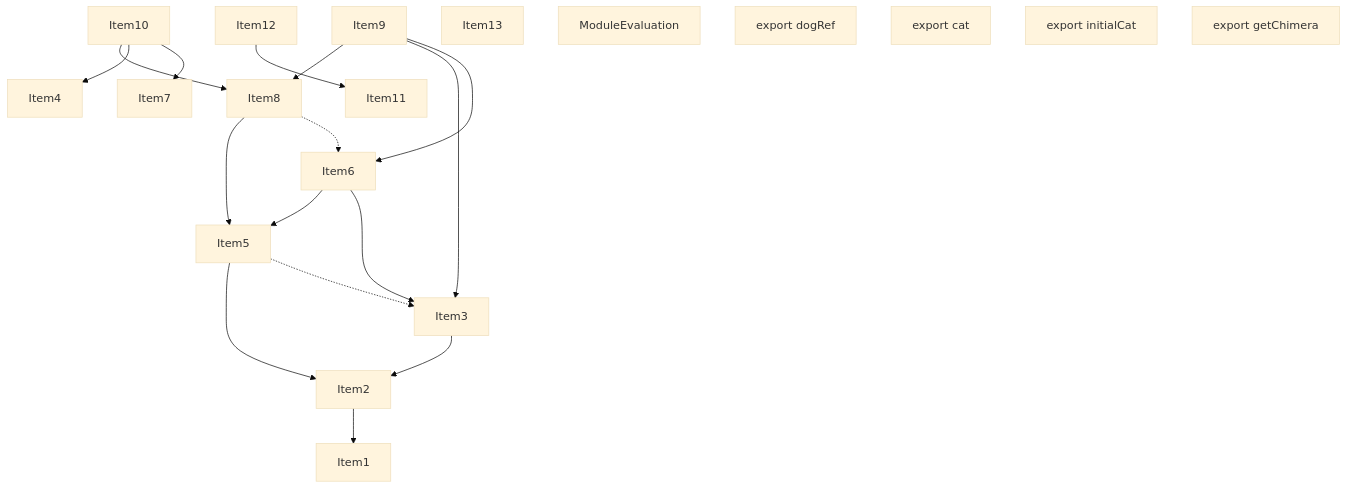
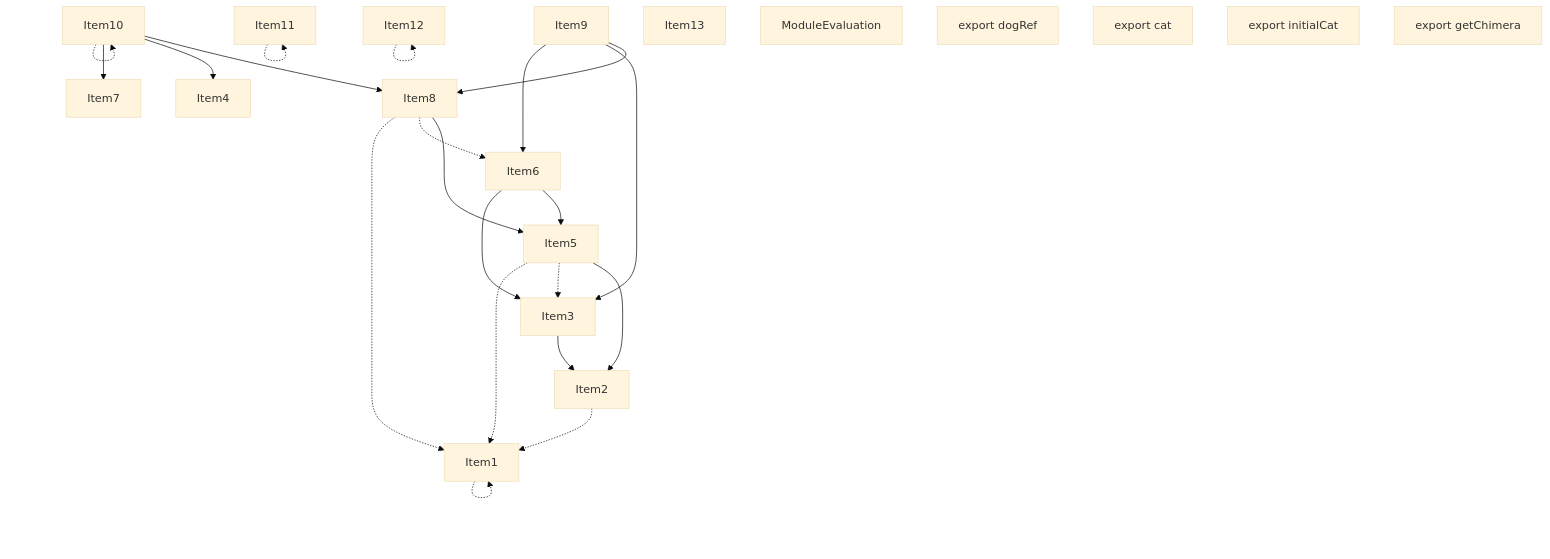
One commit to vercel/turborepo changed the second of 5 diagrams in crates/turbopack-ecmascript/tests/tree-shaker/analyzer/complex/output.md. Above: the diagram before and after it, drawn with Mermaid (base theme). The commit also changed other lines of this file and 20 other files, not shown here.

````diff
--- a/crates/turbopack-ecmascript/tests/tree-shaker/analyzer/complex/output.md
+++ b/crates/turbopack-ecmascript/tests/tree-shaker/analyzer/complex/output.md
@@ -181,41 +181,46 @@
 ```mermaid
 graph TD
     Item1;
     Item2;
     Item3;
     Item4;
     Item5;
     Item6;
     Item7;
     Item8;
     Item9;
     Item10;
     Item11;
     Item12;
     Item13;
     Item14;
     Item14["ModuleEvaluation"];
     Item15;
     Item15["export dogRef"];
     Item16;
     Item16["export cat"];
     Item17;
     Item17["export initialCat"];
     Item18;
     Item18["export getChimera"];
-    Item2 --> Item1;
+    Item1 -.-> Item1;
+    Item2 -.-> Item1;
     Item3 --> Item2;
     Item5 --> Item2;
     Item5 -.-> Item3;
+    Item5 -.-> Item1;
     Item6 --> Item5;
     Item6 --> Item3;
     Item8 --> Item5;
     Item8 -.-> Item6;
+    Item8 -.-> Item1;
     Item9 --> Item8;
     Item9 --> Item3;
     Item9 --> Item6;
     Item10 --> Item8;
     Item10 --> Item4;
     Item10 --> Item7;
-    Item12 --> Item11;
+    Item10 -.-> Item10;
+    Item11 -.-> Item11;
+    Item12 -.-> Item12;
 ```
````
